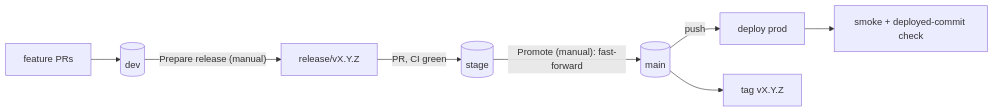
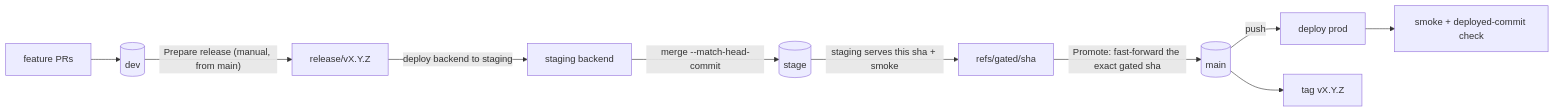
One commit to rwxce/agentic-repo-kit changed the diagram in skills/repo-bootstrap/templates/automations/release-flow.md. Above: the diagram before and after it, drawn with Mermaid. The commit also changed other lines of this file, not shown here.

First line of the commit message:
feat(release-flow): harden the release, promotion and deploy sketches

````diff
--- a/skills/repo-bootstrap/templates/automations/release-flow.md
+++ b/skills/repo-bootstrap/templates/automations/release-flow.md
@@ -10,10 +13,12 @@
 ```mermaid
 flowchart LR
   F[feature PRs] --> D[(dev)]
-  D -- "Prepare release (manual)" --> R[release/vX.Y.Z]
-  R -- "PR, CI green" --> S[(stage)]
-  S -- "Promote (manual): fast-forward" --> M[(main)]
+  D -- "Prepare release (manual, from main)" --> R[release/vX.Y.Z]
+  R -- "deploy backend to staging" --> SB[staging backend]
+  SB -- "merge --match-head-commit" --> S[(stage)]
+  S -- "staging serves this sha + smoke" --> G[refs/gated/sha]
+  G -- "Promote: fast-forward the exact gated sha" --> M[(main)]
   M -- push --> P[deploy prod]
   P --> SM[smoke + deployed-commit check]
   M --> T[tag vX.Y.Z]
 ```
````
